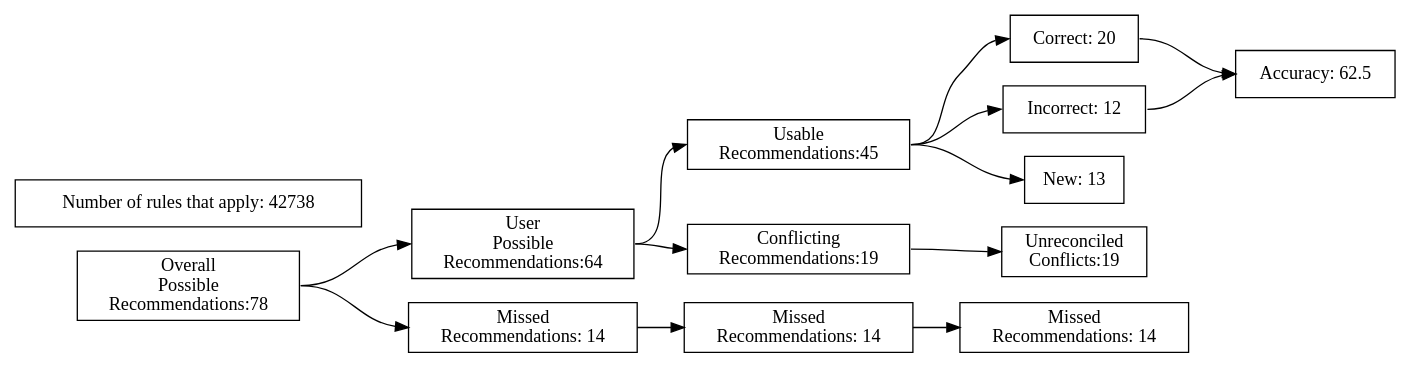
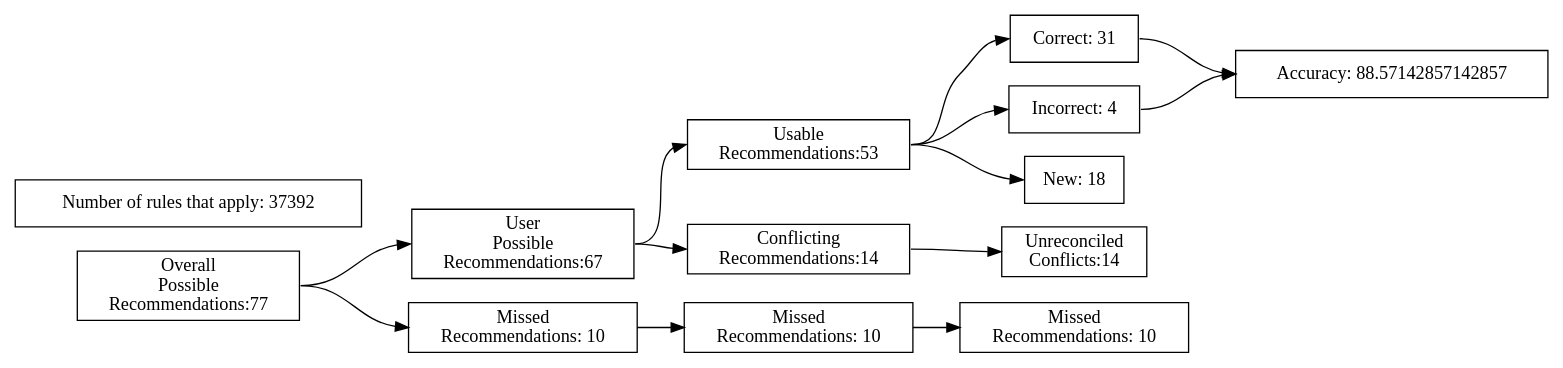
Before and after one commit to ZaxR/ibd_diet_analysis: the diagram in test_renders/100.gv, drawn with Graphviz. The commit also changed 224 other files, not shown here.

Commit message:
Add model summary chart; fix typos

```diff
--- a/test_renders/100.gv
+++ b/test_renders/100.gv
@@ -1,40 +1,40 @@
 digraph {
 	graph [rankdir=LR]
 	node [pos=r shape=box]
 	edge [headport=w tailport=e]
 		A [label="Overall
 Possible
-Recommendations:78"]
+Recommendations:77"]
 		B [label="User
 Possible
-Recommendations:64"]
+Recommendations:67"]
 		C [label="Missed
-Recommendations: 14"]
+Recommendations: 10"]
 		D [label="Usable
-Recommendations:45"]
+Recommendations:53"]
 		E [label="Conflicting
-Recommendations:19"]
+Recommendations:14"]
 		J [label="Missed
-Recommendations: 14"]
+Recommendations: 10"]
 		M [label="Unreconciled
-Conflicts:19"]
-		F [label="Correct: 20"]
-		G [label="Incorrect: 12"]
-		H [label="New: 13"]
+Conflicts:14"]
+		F [label="Correct: 31"]
+		G [label="Incorrect: 4"]
+		H [label="New: 18"]
 		K [label="Missed
-Recommendations: 14"]
-		I [label="Accuracy: 62.5"]
-		l [label="Number of rules that apply: 42738"]
+Recommendations: 10"]
+		I [label="Accuracy: 88.57142857142857"]
+		l [label="Number of rules that apply: 37392"]
 			A -> B
 			A -> C
 			B -> D
 			B -> E
 			D -> F
 			D -> G
 			D -> H
 			F -> I
 			G -> I
 			C -> J
 			J -> K
 			E -> M
 }
```
